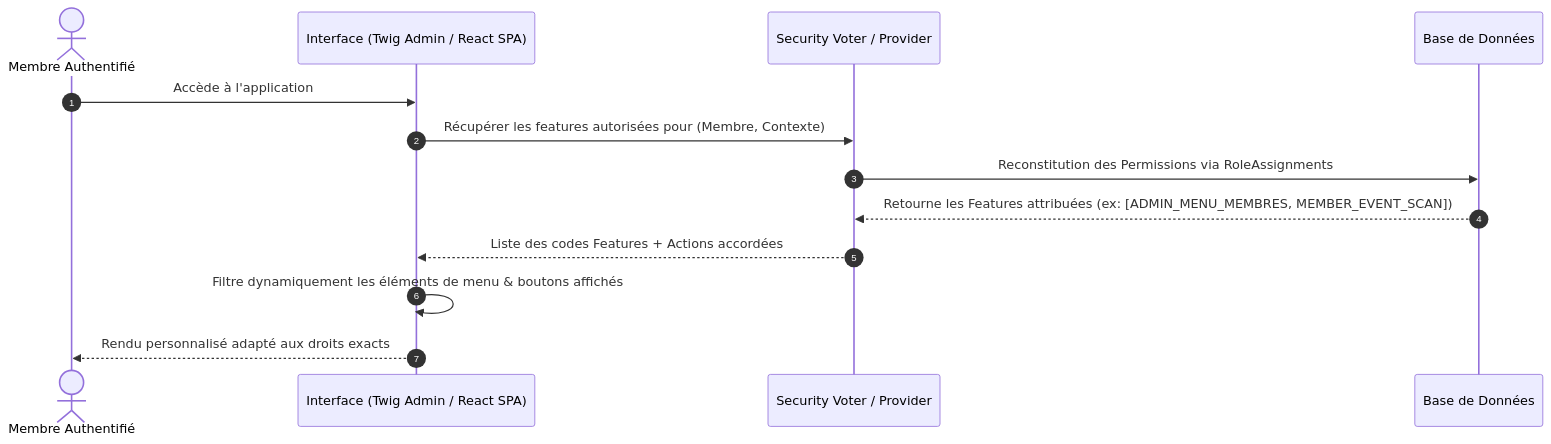
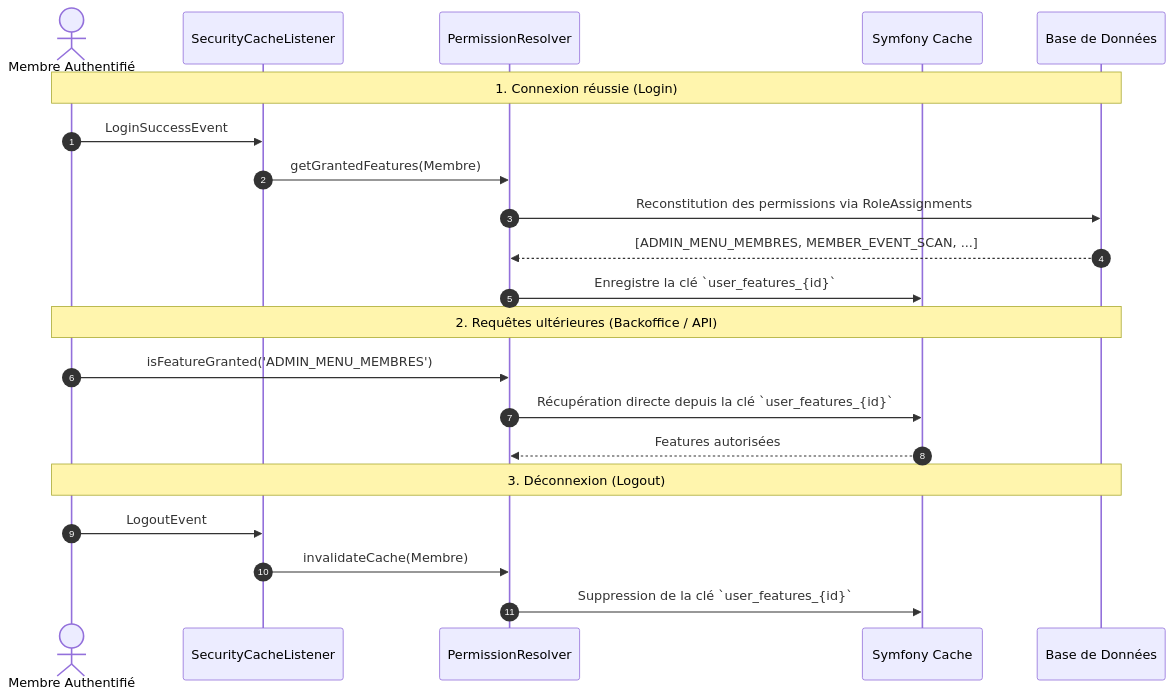
Before and after one commit to tounaf/iam-service: the second of 2 diagrams in docs/RIGHT_MANAGEMENT.md, drawn with Mermaid. The commit also changed other lines of this file and 7 other files, not shown here.

First line of the commit message:
feat: implement Feature entity, dynamic permissions caching, and documentation

````diff
--- a/docs/RIGHT_MANAGEMENT.md
+++ b/docs/RIGHT_MANAGEMENT.md
@@ -120,16 +120,26 @@
 ```mermaid
 sequenceDiagram
     autonumber
-    actor User as Membre Authentifié
-    participant UI as Interface (Twig Admin / React SPA)
-    participant Sec as Security Voter / Provider
+    actor Membre as Membre Authentifié
+    participant EventListener as SecurityCacheListener
+    participant Resolver as PermissionResolver
+    participant Cache as Symfony Cache
     participant DB as Base de Données
 
-    User->>UI: Accède à l'application
-    UI->>Sec: Récupérer les features autorisées pour (Membre, Contexte)
-    Sec->>DB: Reconstitution des Permissions via RoleAssignments
-    DB-->>Sec: Retourne les Features attribuées (ex: [ADMIN_MENU_MEMBRES, MEMBER_EVENT_SCAN])
-    Sec-->>UI: Liste des codes Features + Actions accordées
-    UI->>UI: Filtre dynamiquement les éléments de menu & boutons affichés
-    UI-->>User: Rendu personnalisé adapté aux droits exacts
+    Note over Membre,DB: 1. Connexion réussie (Login)
+    Membre->>EventListener: LoginSuccessEvent
+    EventListener->>Resolver: getGrantedFeatures(Membre)
+    Resolver->>DB: Reconstitution des permissions via RoleAssignments
+    DB-->>Resolver: [ADMIN_MENU_MEMBRES, MEMBER_EVENT_SCAN, ...]
+    Resolver->>Cache: Enregistre la clé `user_features_{id}`
+
+    Note over Membre,DB: 2. Requêtes ultérieures (Backoffice / API)
+    Membre->>Resolver: isFeatureGranted('ADMIN_MENU_MEMBRES')
+    Resolver->>Cache: Récupération directe depuis la clé `user_features_{id}`
+    Cache-->>Resolver: Features autorisées
+
+    Note over Membre,DB: 3. Déconnexion (Logout)
+    Membre->>EventListener: LogoutEvent
+    EventListener->>Resolver: invalidateCache(Membre)
+    Resolver->>Cache: Suppression de la clé `user_features_{id}`
 ```
````
